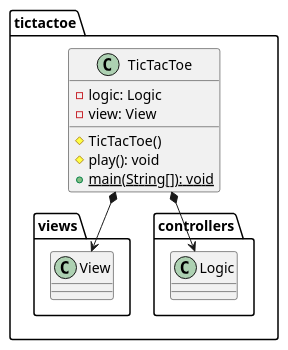
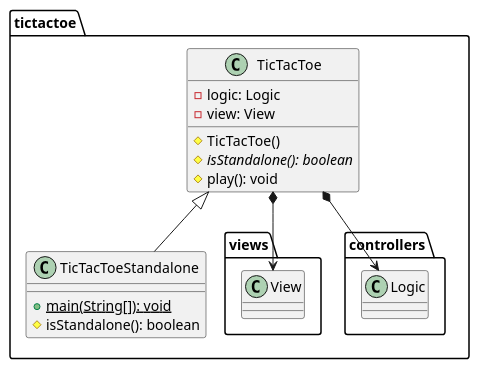
Before and after one commit to x-USantaTecla-game-ticTacToe/java: the second of 6 diagrams in docs/src/docs/asciidoc/index.adoc, drawn with PlantUML. The commit also changed other lines of this file and 28 other files, not shown here.

```diff
--- a/docs/src/docs/asciidoc/index.adoc
+++ b/docs/src/docs/asciidoc/index.adoc
@@ -76,14 +86,20 @@
 [plantuml,tictactoeVersion9,svg]
 ....
 
 class  tictactoe.TicTacToe{
 - logic: Logic
 - view: View
 # TicTacToe()
+# {abstract} isStandalone(): boolean
 # play(): void
-+ {static} main(String[]): void
 }
 tictactoe.TicTacToe *-down-> tictactoe.views.View
 tictactoe.TicTacToe *-down-> tictactoe.controllers.Logic
 
+class  tictactoe.TicTacToeStandalone{
++ {static} main(String[]): void
+# isStandalone(): boolean
+}
+tictactoe.TicTacToe <|-down- tictactoe.TicTacToeStandalone
+
 ....
```
